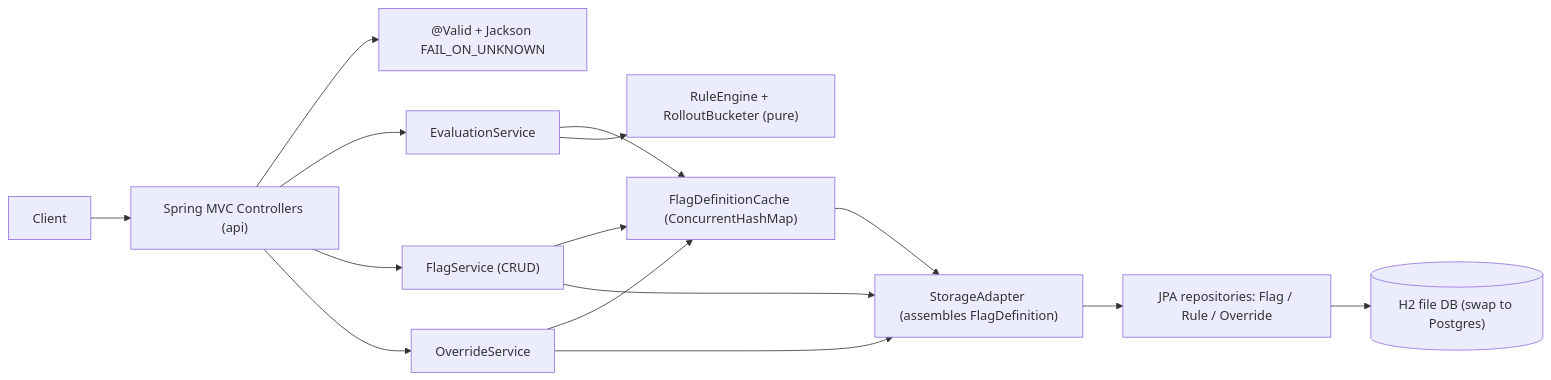
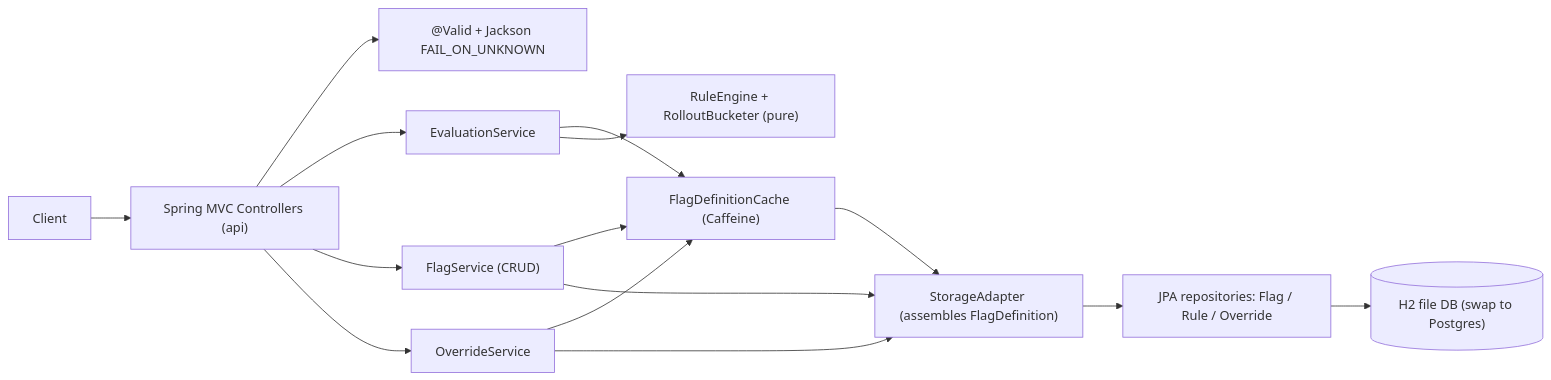
Before and after one commit to karansdoshi/featureFlagService: the first of 4 diagrams in docs/architecture.md, drawn with Mermaid. The commit also changed 9 other files, not shown here.

First line of the commit message:
feat: back flag cache with Caffeine and add operational logging

````diff
--- a/docs/architecture.md
+++ b/docs/architecture.md
@@ -8,17 +8,17 @@
 ```mermaid
 flowchart LR
   Client["Client"] --> Controllers["Spring MVC Controllers (api)"]
   Controllers --> Validation["@Valid + Jackson FAIL_ON_UNKNOWN"]
   Controllers --> EvalSvc["EvaluationService"]
   Controllers --> FlagSvc["FlagService (CRUD)"]
   Controllers --> OvrSvc["OverrideService"]
-  EvalSvc --> Cache["FlagDefinitionCache (ConcurrentHashMap)"]
+  EvalSvc --> Cache["FlagDefinitionCache (Caffeine)"]
   FlagSvc --> Cache
   OvrSvc --> Cache
   EvalSvc --> Engine["RuleEngine + RolloutBucketer (pure)"]
   Cache --> Adapter["StorageAdapter (assembles FlagDefinition)"]
   FlagSvc --> Adapter
   OvrSvc --> Adapter
   Adapter --> Repos["JPA repositories: Flag / Rule / Override"]
   Repos --> DB[("H2 file DB (swap to Postgres)")]
 ```
````
